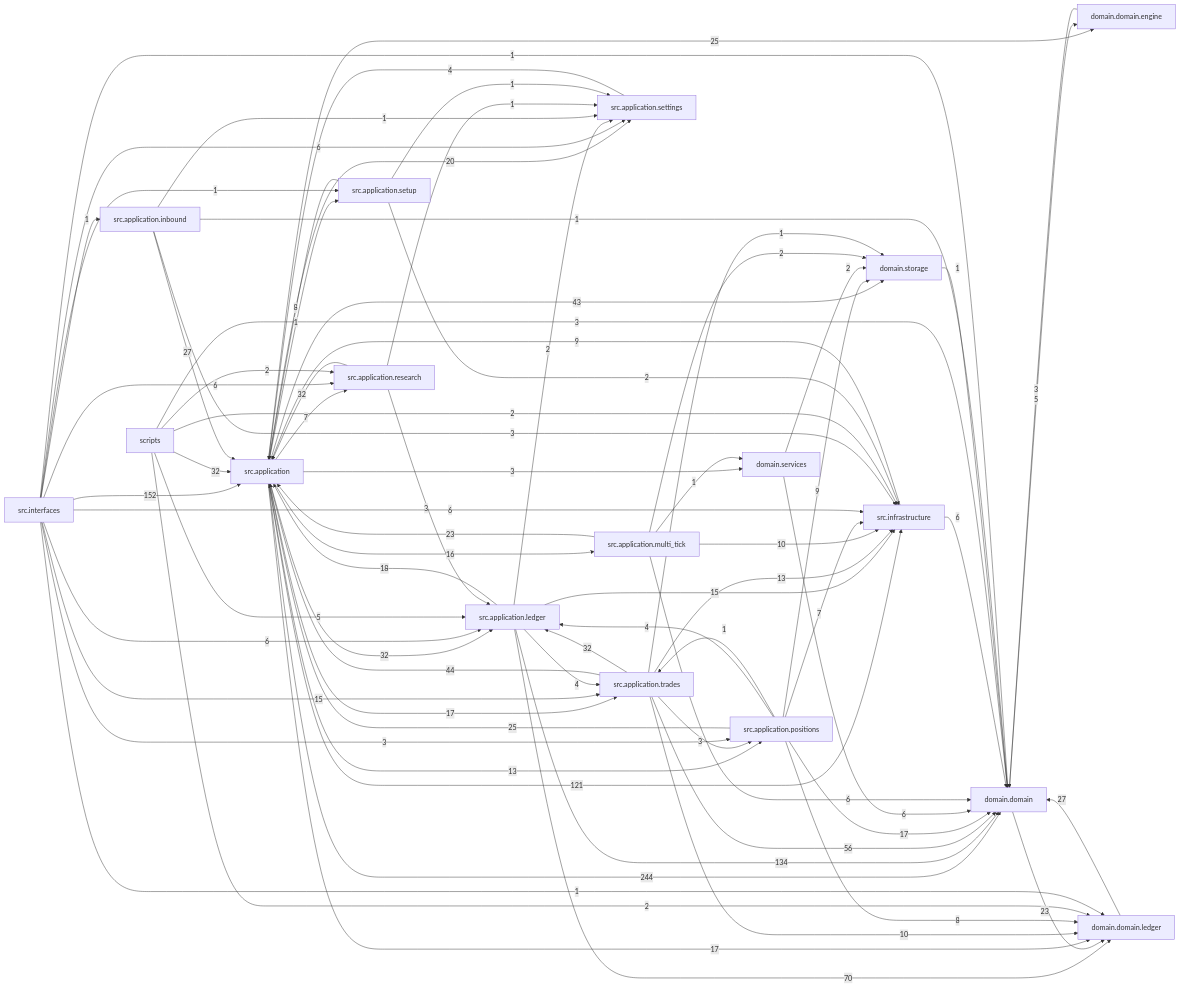
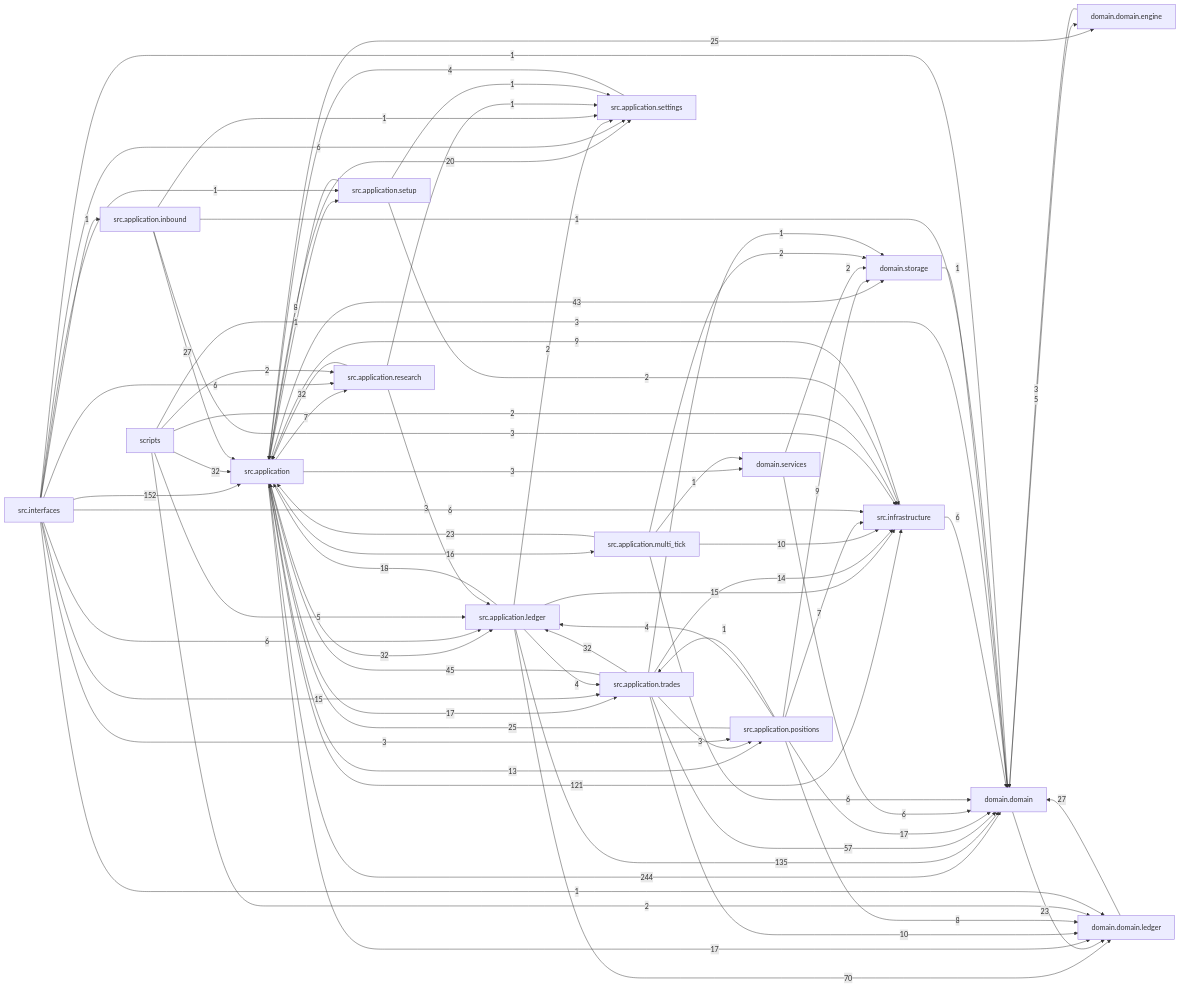
Before and after one commit to liuxie066/options-monitor: the diagram in docs/dependency_graph.mmd, drawn with Mermaid. The commit also changed 8 other files, not shown here.

```diff
--- a/docs/dependency_graph.mmd
+++ b/docs/dependency_graph.mmd
@@ -1,76 +1,76 @@
 flowchart LR
   src_application["src.application"] -->|244| domain_domain["domain.domain"]
   src_interfaces["src.interfaces"] -->|152| src_application["src.application"]
-  src_application_ledger["src.application.ledger"] -->|134| domain_domain["domain.domain"]
+  src_application_ledger["src.application.ledger"] -->|135| domain_domain["domain.domain"]
   src_application["src.application"] -->|121| src_infrastructure["src.infrastructure"]
   src_application_ledger["src.application.ledger"] -->|70| domain_domain_ledger["domain.domain.ledger"]
-  src_application_trades["src.application.trades"] -->|56| domain_domain["domain.domain"]
-  src_application_trades["src.application.trades"] -->|44| src_application["src.application"]
+  src_application_trades["src.application.trades"] -->|57| domain_domain["domain.domain"]
+  src_application_trades["src.application.trades"] -->|45| src_application["src.application"]
   src_application["src.application"] -->|43| domain_storage["domain.storage"]
   scripts["scripts"] -->|32| src_application["src.application"]
   src_application["src.application"] -->|32| src_application_ledger["src.application.ledger"]
   src_application_research["src.application.research"] -->|32| src_application["src.application"]
   src_application_trades["src.application.trades"] -->|32| src_application_ledger["src.application.ledger"]
   domain_domain_ledger["domain.domain.ledger"] -->|27| domain_domain["domain.domain"]
   src_application_inbound["src.application.inbound"] -->|27| src_application["src.application"]
   src_application["src.application"] -->|25| domain_domain_engine["domain.domain.engine"]
   src_application_positions["src.application.positions"] -->|25| src_application["src.application"]
   domain_domain["domain.domain"] -->|23| domain_domain_ledger["domain.domain.ledger"]
   src_application_multi_tick["src.application.multi_tick"] -->|23| src_application["src.application"]
   src_application["src.application"] -->|20| src_application_settings["src.application.settings"]
   src_application_ledger["src.application.ledger"] -->|18| src_application["src.application"]
   src_application["src.application"] -->|17| domain_domain_ledger["domain.domain.ledger"]
   src_application["src.application"] -->|17| src_application_trades["src.application.trades"]
   src_application_positions["src.application.positions"] -->|17| domain_domain["domain.domain"]
   src_application["src.application"] -->|16| src_application_multi_tick["src.application.multi_tick"]
   src_application_ledger["src.application.ledger"] -->|15| src_infrastructure["src.infrastructure"]
   src_interfaces["src.interfaces"] -->|15| src_application_trades["src.application.trades"]
+  src_application_trades["src.application.trades"] -->|14| src_infrastructure["src.infrastructure"]
   src_application["src.application"] -->|13| src_application_positions["src.application.positions"]
-  src_application_trades["src.application.trades"] -->|13| src_infrastructure["src.infrastructure"]
   src_application_multi_tick["src.application.multi_tick"] -->|10| src_infrastructure["src.infrastructure"]
   src_application_trades["src.application.trades"] -->|10| domain_domain_ledger["domain.domain.ledger"]
   src_application_positions["src.application.positions"] -->|9| domain_storage["domain.storage"]
   src_infrastructure["src.infrastructure"] -->|9| src_application["src.application"]
   src_application_positions["src.application.positions"] -->|8| domain_domain_ledger["domain.domain.ledger"]
   src_application_setup["src.application.setup"] -->|8| src_application["src.application"]
   src_application["src.application"] -->|7| src_application_research["src.application.research"]
   src_application_positions["src.application.positions"] -->|7| src_infrastructure["src.infrastructure"]
   domain_services["domain.services"] -->|6| domain_domain["domain.domain"]
   src_application_multi_tick["src.application.multi_tick"] -->|6| domain_domain["domain.domain"]
   src_infrastructure["src.infrastructure"] -->|6| domain_domain["domain.domain"]
   src_interfaces["src.interfaces"] -->|6| src_application_ledger["src.application.ledger"]
   src_interfaces["src.interfaces"] -->|6| src_application_research["src.application.research"]
   src_interfaces["src.interfaces"] -->|6| src_application_settings["src.application.settings"]
   src_interfaces["src.interfaces"] -->|6| src_infrastructure["src.infrastructure"]
   domain_domain["domain.domain"] -->|5| domain_domain_engine["domain.domain.engine"]
   scripts["scripts"] -->|5| src_application_ledger["src.application.ledger"]
   src_application_ledger["src.application.ledger"] -->|4| src_application_trades["src.application.trades"]
   src_application_positions["src.application.positions"] -->|4| src_application_ledger["src.application.ledger"]
   src_application_settings["src.application.settings"] -->|4| src_application["src.application"]
   domain_domain_engine["domain.domain.engine"] -->|3| domain_domain["domain.domain"]
   scripts["scripts"] -->|3| domain_domain["domain.domain"]
   src_application["src.application"] -->|3| domain_services["domain.services"]
   src_application_inbound["src.application.inbound"] -->|3| src_infrastructure["src.infrastructure"]
   src_application_research["src.application.research"] -->|3| src_application_ledger["src.application.ledger"]
   src_application_trades["src.application.trades"] -->|3| src_application_positions["src.application.positions"]
   src_interfaces["src.interfaces"] -->|3| src_application_positions["src.application.positions"]
   domain_services["domain.services"] -->|2| domain_storage["domain.storage"]
   scripts["scripts"] -->|2| domain_domain_ledger["domain.domain.ledger"]
   scripts["scripts"] -->|2| src_application_research["src.application.research"]
   scripts["scripts"] -->|2| src_infrastructure["src.infrastructure"]
   src_application_ledger["src.application.ledger"] -->|2| src_application_settings["src.application.settings"]
   src_application_multi_tick["src.application.multi_tick"] -->|2| domain_storage["domain.storage"]
   src_application_setup["src.application.setup"] -->|2| src_infrastructure["src.infrastructure"]
   domain_storage["domain.storage"] -->|1| domain_domain["domain.domain"]
   src_application["src.application"] -->|1| src_application_setup["src.application.setup"]
   src_application_inbound["src.application.inbound"] -->|1| domain_domain["domain.domain"]
   src_application_inbound["src.application.inbound"] -->|1| src_application_settings["src.application.settings"]
   src_application_multi_tick["src.application.multi_tick"] -->|1| domain_services["domain.services"]
   src_application_positions["src.application.positions"] -->|1| src_application_trades["src.application.trades"]
   src_application_research["src.application.research"] -->|1| src_application_settings["src.application.settings"]
   src_application_setup["src.application.setup"] -->|1| src_application_settings["src.application.settings"]
   src_application_trades["src.application.trades"] -->|1| domain_storage["domain.storage"]
   src_interfaces["src.interfaces"] -->|1| domain_domain["domain.domain"]
   src_interfaces["src.interfaces"] -->|1| domain_domain_ledger["domain.domain.ledger"]
   src_interfaces["src.interfaces"] -->|1| src_application_inbound["src.application.inbound"]
   src_interfaces["src.interfaces"] -->|1| src_application_setup["src.application.setup"]
```
